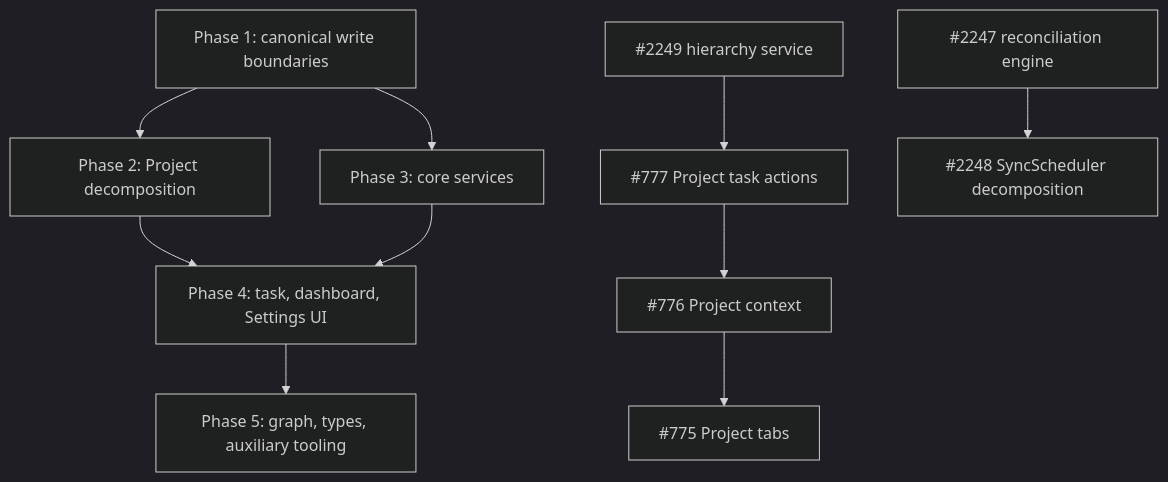
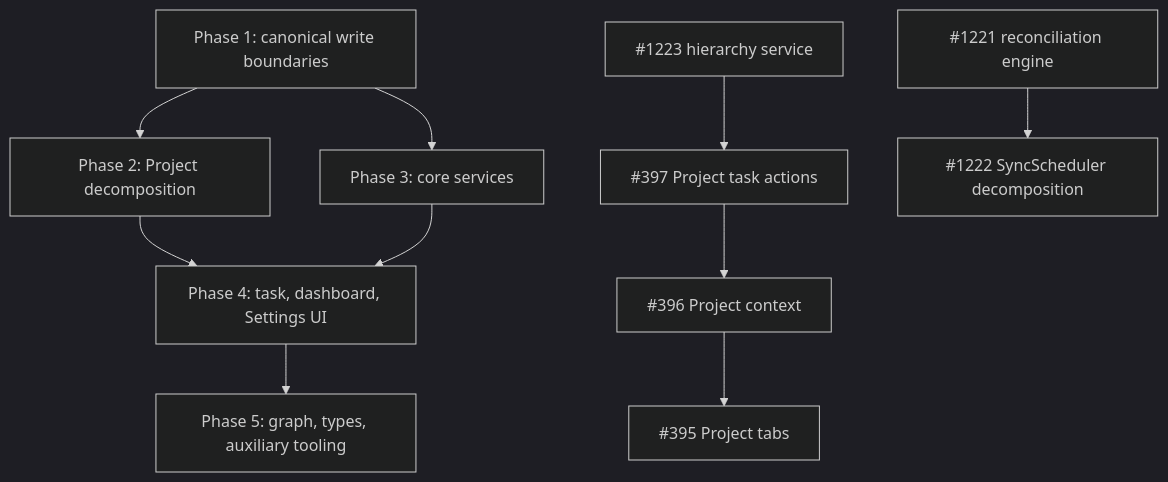
Before and after one commit to rsocko/mission-control: the diagram in docs/design/active/modularity-and-architecture-hardening.md, drawn with Mermaid (dark theme). The commit also changed other lines of this file, not shown here.

````diff
--- a/docs/design/active/modularity-and-architecture-hardening.md
+++ b/docs/design/active/modularity-and-architecture-hardening.md
@@ -215,14 +256,14 @@
 ```mermaid
 flowchart TD
   P1[Phase 1: canonical write boundaries] --> P2[Phase 2: Project decomposition]
   P1 --> P3[Phase 3: core services]
   P2 --> P4[Phase 4: task, dashboard, Settings UI]
   P3 --> P4
   P4 --> P5[Phase 5: graph, types, auxiliary tooling]
 
-  H[#2249 hierarchy service] --> A[#777 Project task actions]
-  A --> C[#776 Project context]
-  C --> T[#775 Project tabs]
+  H[#1223 hierarchy service] --> A[#397 Project task actions]
+  A --> C[#396 Project context]
+  C --> T[#395 Project tabs]
 
-  R[#2247 reconciliation engine] --> S[#2248 SyncScheduler decomposition]
+  R[#1221 reconciliation engine] --> S[#1222 SyncScheduler decomposition]
 ```
````
